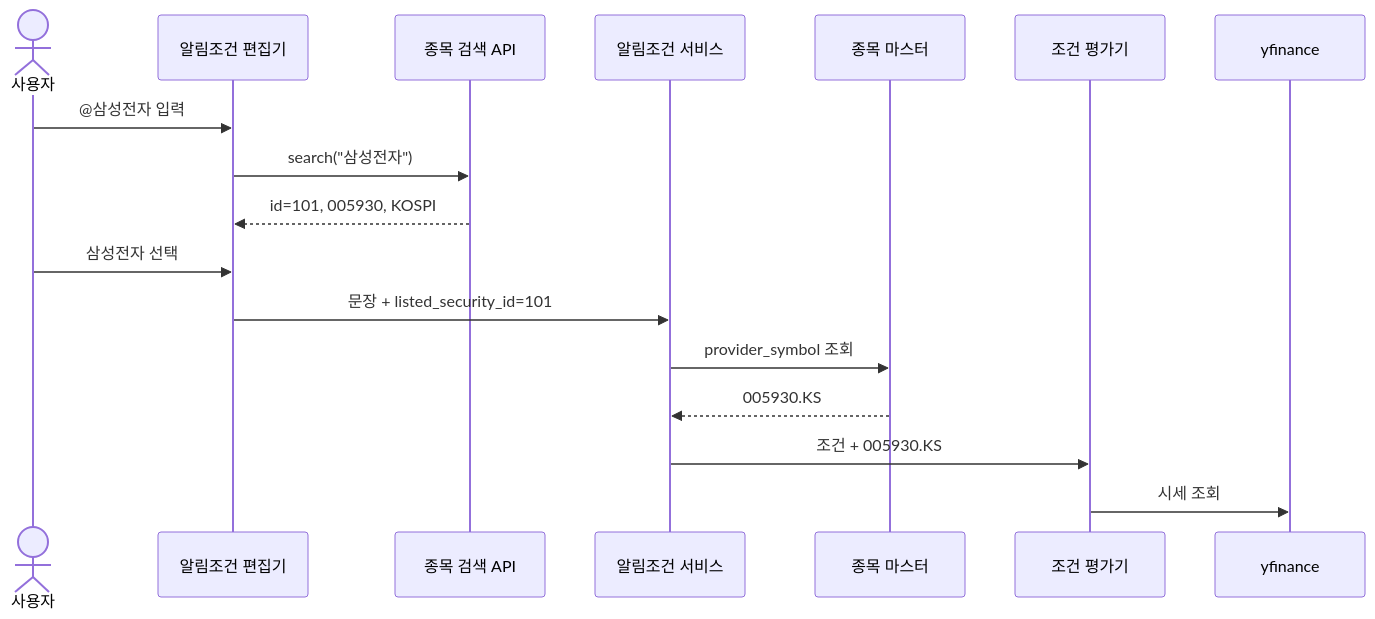
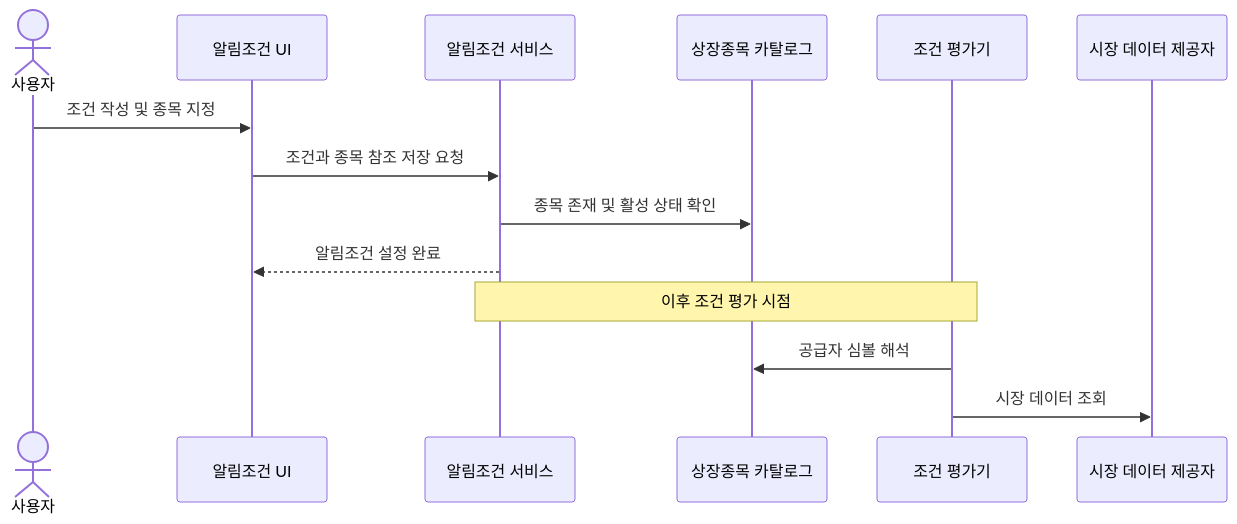
The sixth of 6 diagrams in design/stock_search_recommendation_design.md (PhilPark-geosr/stock-agent), drawn with Mermaid before and after one commit. The commit also changed other lines of this file and 1 other file, not shown here.

Commit message:
docs: revise stock search design after review

````diff
--- a/design/stock_search_recommendation_design.md
+++ b/design/stock_search_recommendation_design.md
@@ -350,20 +302,17 @@
 ```mermaid
 sequenceDiagram
     actor User as 사용자
-    participant Editor as 알림조건 편집기
-    participant Search as 종목 검색 API
+    participant UI as 알림조건 UI
     participant Rule as 알림조건 서비스
-    participant Master as 종목 마스터
+    participant Catalog as 상장종목 카탈로그
     participant Eval as 조건 평가기
-    participant YF as yfinance
+    participant MarketData as 시장 데이터 제공자
 
-    User->>Editor: @삼성전자 입력
-    Editor->>Search: search("삼성전자")
-    Search-->>Editor: id=101, 005930, KOSPI
-    User->>Editor: 삼성전자 선택
-    Editor->>Rule: 문장 + listed_security_id=101
-    Rule->>Master: provider_symbol 조회
-    Master-->>Rule: 005930.KS
-    Rule->>Eval: 조건 + 005930.KS
-    Eval->>YF: 시세 조회
+    User->>UI: 조건 작성 및 종목 지정
+    UI->>Rule: 조건과 종목 참조 저장 요청
+    Rule->>Catalog: 종목 존재 및 활성 상태 확인
+    Rule-->>UI: 알림조건 설정 완료
+    Note over Rule,Eval: 이후 조건 평가 시점
+    Eval->>Catalog: 공급자 심볼 해석
+    Eval->>MarketData: 시장 데이터 조회
 ```
````
